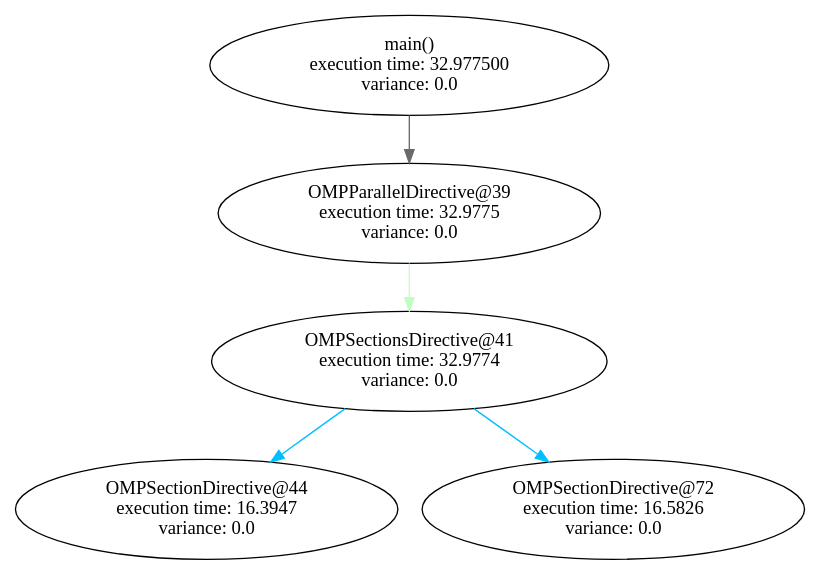
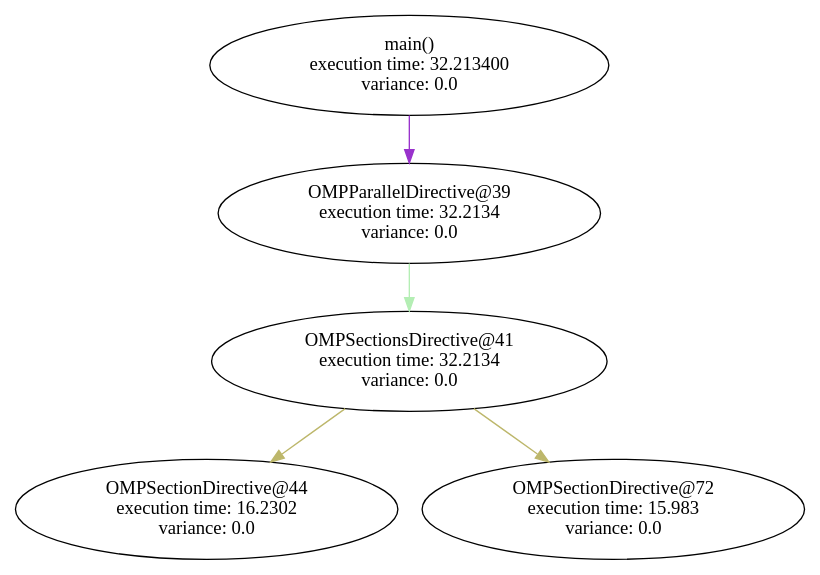
The diagram in graph_sched/graphs/main_code.dot (filippobrizzi/soma), drawn with Graphviz before and after one commit. The commit also changed 12 other files, not shown here.

```diff
--- a/graph_sched/graphs/main_code.dot
+++ b/graph_sched/graphs/main_code.dot
@@ -1,32 +1,32 @@
 digraph G {
 	graph [bb="0,0,500,412"];
 	node [label="\N"];
 	main	 [height=1.041,
-		label="main()\n execution time: 32.977500\nvariance: 0.0",
+		label="main()\n execution time: 32.213400\nvariance: 0.0",
 		pos="250,374",
 		width=3.4507];
 	"OMPParallelDirective@39"	 [height=1.041,
-		label="OMPParallelDirective@39\n execution time: 32.9775\nvariance: 0.0",
+		label="OMPParallelDirective@39\n execution time: 32.2134\nvariance: 0.0",
 		pos="250,262",
 		width=3.346];
-	main -> "OMPParallelDirective@39"	 [color=dimgray,
+	main -> "OMPParallelDirective@39"	 [color=darkorchid,
 		pos="e,250,299.84 250,336.37 250,327.93 250,318.83 250,310.01"];
 	"OMPSectionsDirective@41"	 [height=1.041,
-		label="OMPSectionsDirective@41\n execution time: 32.9774\nvariance: 0.0",
+		label="OMPSectionsDirective@41\n execution time: 32.2134\nvariance: 0.0",
 		pos="250,150",
 		width=3.4507];
-	"OMPParallelDirective@39" -> "OMPSectionsDirective@41"	 [color=darkseagreen1,
+	"OMPParallelDirective@39" -> "OMPSectionsDirective@41"	 [color=darkseagreen2,
 		pos="e,250,187.84 250,224.37 250,215.93 250,206.83 250,198.01"];
 	"OMPSectionDirective@44"	 [height=1.041,
-		label="OMPSectionDirective@44\n execution time: 16.3947\nvariance: 0.0",
+		label="OMPSectionDirective@44\n execution time: 16.2302\nvariance: 0.0",
 		pos="120,38",
 		width=3.346];
-	"OMPSectionsDirective@41" -> "OMPSectionDirective@44"	 [color=deepskyblue1,
+	"OMPSectionsDirective@41" -> "OMPSectionDirective@44"	 [color=darkkhaki,
 		pos="e,160.63,73.38 209.22,114.5 196.28,103.54 181.83,91.32 168.4,79.956"];
 	"OMPSectionDirective@72"	 [height=1.041,
-		label="OMPSectionDirective@72\n execution time: 16.5826\nvariance: 0.0",
+		label="OMPSectionDirective@72\n execution time: 15.983\nvariance: 0.0",
 		pos="380,38",
 		width=3.346];
-	"OMPSectionsDirective@41" -> "OMPSectionDirective@72"	 [color=deepskyblue1,
+	"OMPSectionsDirective@41" -> "OMPSectionDirective@72"	 [color=darkkhaki,
 		pos="e,339.37,73.38 290.78,114.5 303.72,103.54 318.17,91.32 331.6,79.956"];
 }
```
